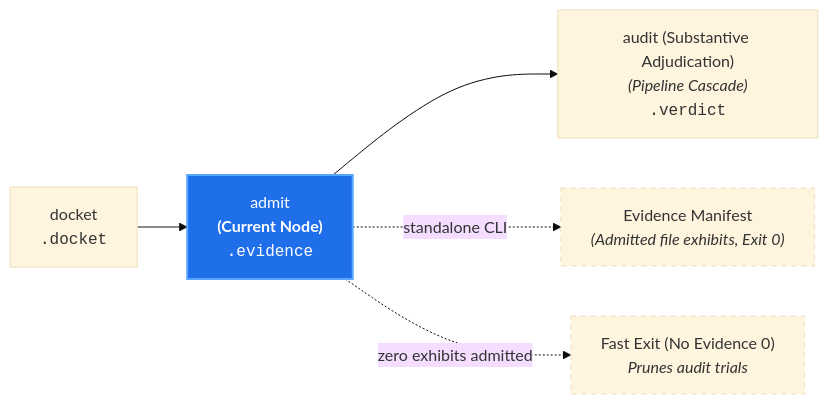
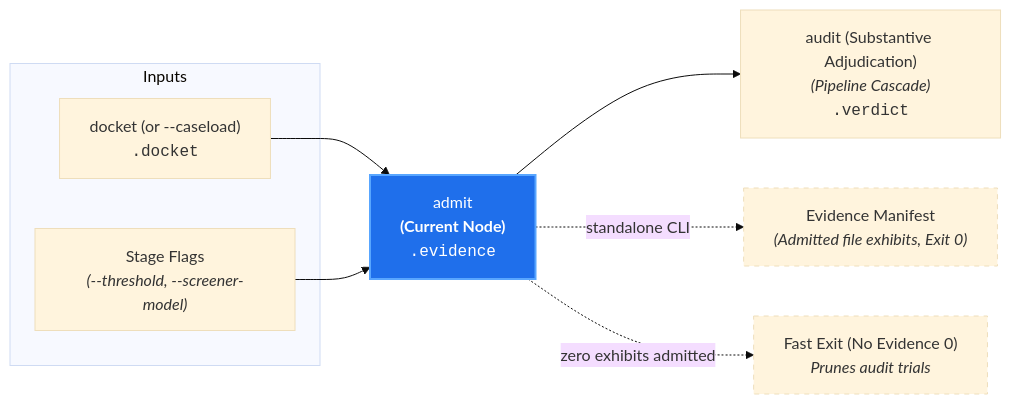
Before and after one commit to PAIR-code/canon-clerk: the diagram in docs/architecture/nodes/admit.md, drawn with Mermaid (base theme). The commit also changed 8 other files, not shown here.

Commit message:
docs(architecture): enrich localized node diagrams with stage flags and caseload inputs

````diff
--- a/docs/architecture/nodes/admit.md
+++ b/docs/architecture/nodes/admit.md
@@ -22,12 +22,18 @@
 ```mermaid
 flowchart LR
-    Docket["docket<br/><code>.docket</code>"] --> Admit["admit<br/><b>(Current Node)</b><br/><code>.evidence</code>"]
+    subgraph Inputs["Inputs"]
+        Docket["docket (or --caseload)<br/><code>.docket</code>"]
+        Params["Stage Flags<br/><i>(--threshold, --screener-model)</i>"]
+    end
+
+    Docket --> Admit["admit<br/><b>(Current Node)</b><br/><code>.evidence</code>"]
+    Params --> Admit
 
     Admit --> Audit["audit (Substantive Adjudication)<br/><i>(Pipeline Cascade)</i><br/><code>.verdict</code>"]
     Admit -. "standalone CLI" .-> AdmitReport["Evidence Manifest<br/><i>(Admitted file exhibits, Exit 0)</i>"]
     Admit -. "zero exhibits admitted" .-> ZeroExhibits["Fast Exit (No Evidence 0)<br/><i>Prunes audit trials</i>"]
 
     style Admit fill:#1f6feb,stroke:#58a6ff,stroke-width:2px,color:#fff
     style AdmitReport stroke-dasharray: 5 5
     style ZeroExhibits stroke-dasharray: 5 5
 ```
````
